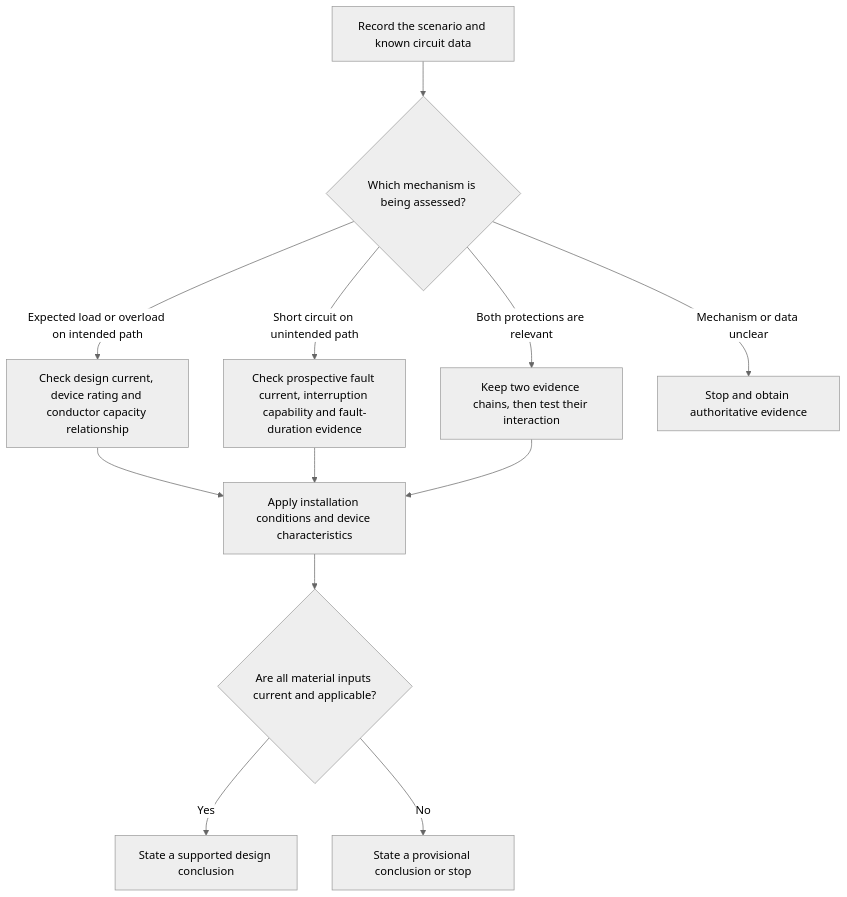
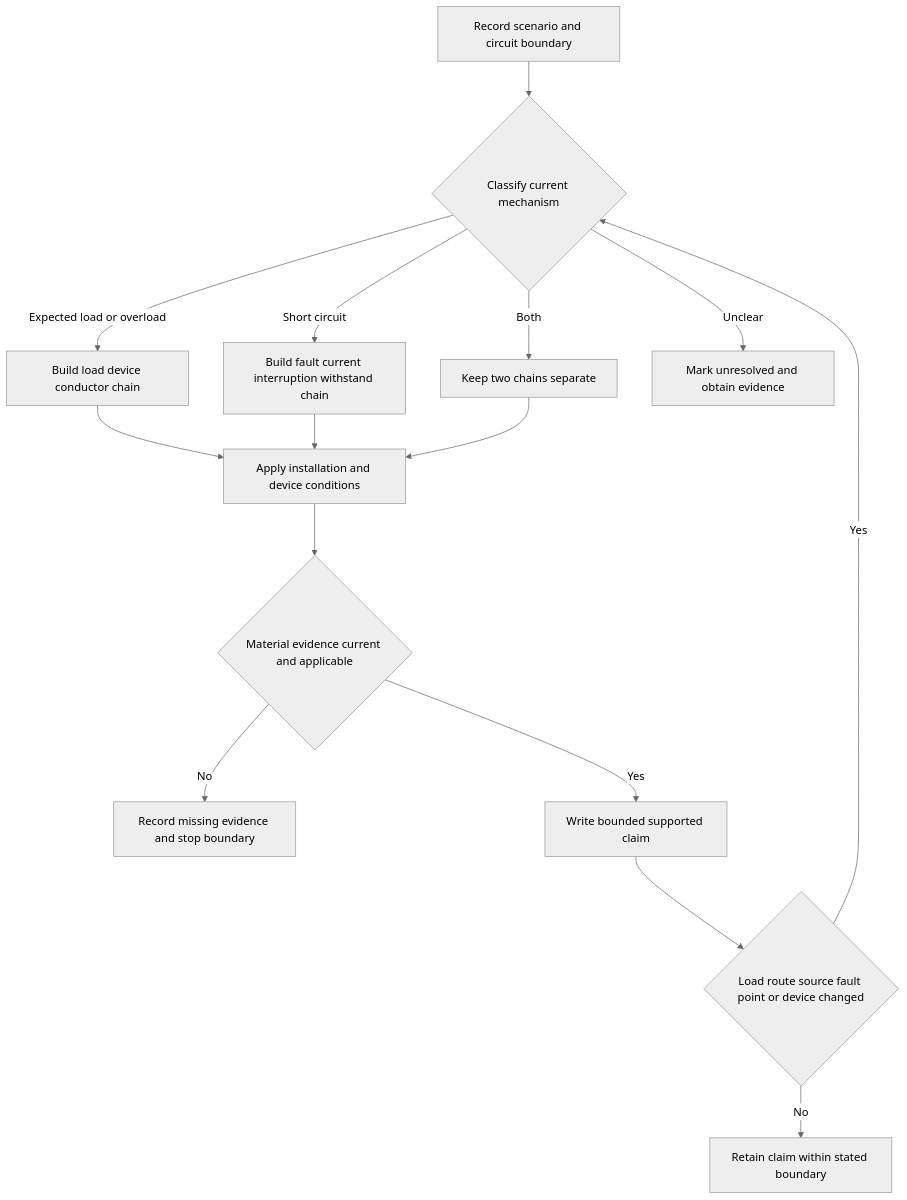
One commit to andrew3stedall/capstone changed the first of 2 diagrams in docs/learning-plans/6-week/modules/day-04-overload-and-short-circuit-protection-reasoning.md. Above: the diagram before and after it, drawn with Mermaid (neutral theme). The commit also changed other lines of this file, not shown here.

````diff
--- a/docs/learning-plans/6-week/modules/day-04-overload-and-short-circuit-protection-reasoning.md
+++ b/docs/learning-plans/6-week/modules/day-04-overload-and-short-circuit-protection-reasoning.md
@@ -149,14 +150,17 @@
 ```mermaid
 flowchart TD
-    A["Record the scenario and known circuit data"] --> B{"Which mechanism is being assessed?"}
-    B -->|"Expected load or overload on intended path"| C["Check design current, device rating and conductor capacity relationship"]
-    B -->|"Short circuit on unintended path"| D["Check prospective fault current, interruption capability and fault-duration evidence"]
-    B -->|"Both protections are relevant"| E["Keep two evidence chains, then test their interaction"]
-    B -->|"Mechanism or data unclear"| F["Stop and obtain authoritative evidence"]
-    C --> G["Apply installation conditions and device characteristics"]
+    A["Record scenario and circuit boundary"] --> B{"Classify current mechanism"}
+    B -->|"Expected load or overload"| C["Build load device conductor chain"]
+    B -->|"Short circuit"| D["Build fault current interruption withstand chain"]
+    B -->|"Both"| E["Keep two chains separate"]
+    B -->|"Unclear"| F["Mark unresolved and obtain evidence"]
+    C --> G["Apply installation and device conditions"]
     D --> G
     E --> G
-    G --> H{"Are all material inputs current and applicable?"}
-    H -->|"Yes"| I["State a supported design conclusion"]
-    H -->|"No"| J["State a provisional conclusion or stop"]
+    G --> H{"Material evidence current and applicable"}
+    H -->|"No"| I["Record missing evidence and stop boundary"]
+    H -->|"Yes"| J["Write bounded supported claim"]
+    J --> K{"Load route source fault point or device changed"}
+    K -->|"Yes"| B
+    K -->|"No"| L["Retain claim within stated boundary"]
 ```
````
